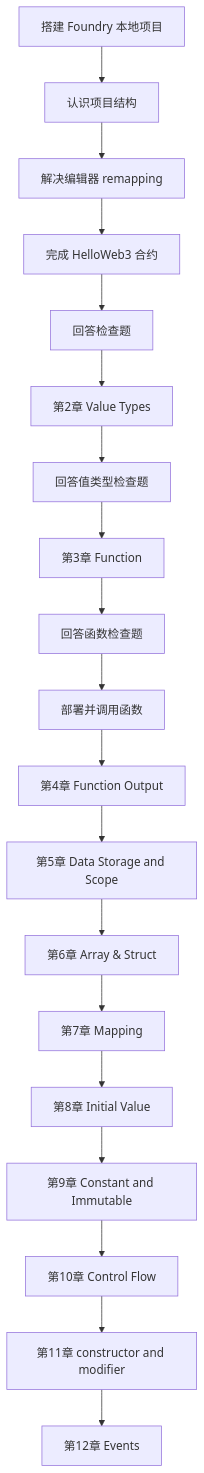
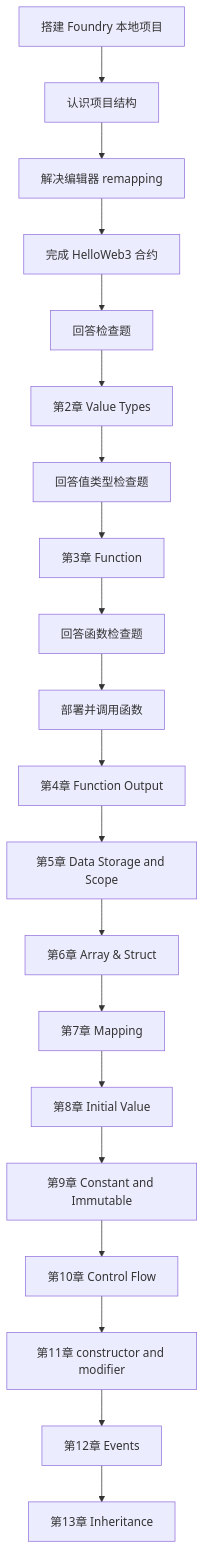
One commit to daxiguaguagua-hash/wtf-academy-learning changed the fourth of 4 diagrams in 交接记录.md. Above: the diagram before and after it, drawn with Mermaid. The commit also changed other lines of this file and 3 other files, not shown here.

````diff
--- a/交接记录.md
+++ b/交接记录.md
@@ -182,21 +187,22 @@
 ```mermaid
 flowchart TD
 A[搭建 Foundry 本地项目] --> B[认识项目结构]
 B --> C[解决编辑器 remapping]
 C --> D[完成 HelloWeb3 合约]
 D --> E[回答检查题]
 E --> F[第2章 Value Types]
 F --> G[回答值类型检查题]
 G --> H[第3章 Function]
 H --> I[回答函数检查题]
 I --> J[部署并调用函数]
 J --> K[第4章 Function Output]
 K --> L[第5章 Data Storage and Scope]
 L --> M[第6章 Array & Struct]
 M --> N[第7章 Mapping]
 N --> O[第8章 Initial Value]
 O --> P[第9章 Constant and Immutable]
 P --> Q[第10章 Control Flow]
 Q --> R[第11章 constructor and modifier]
 R --> S[第12章 Events]
+S --> T[第13章 Inheritance]
 ```
````
